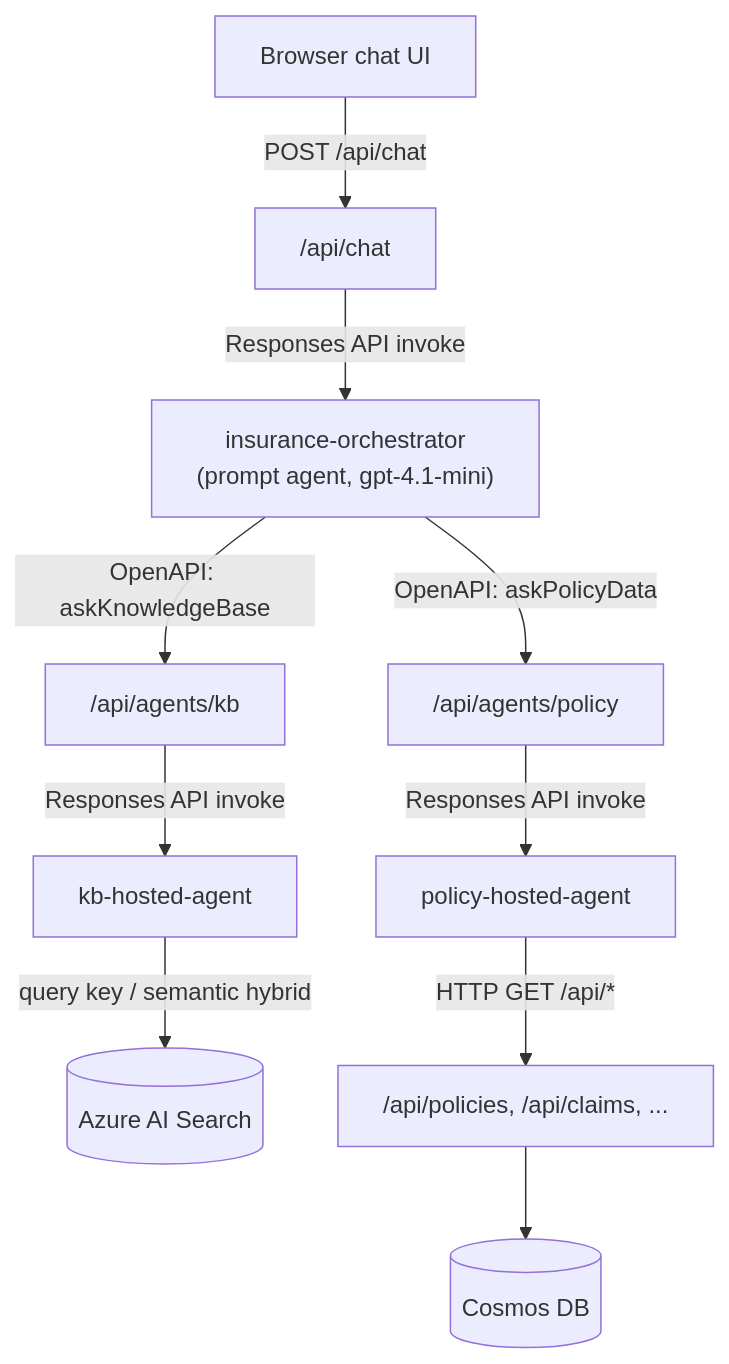
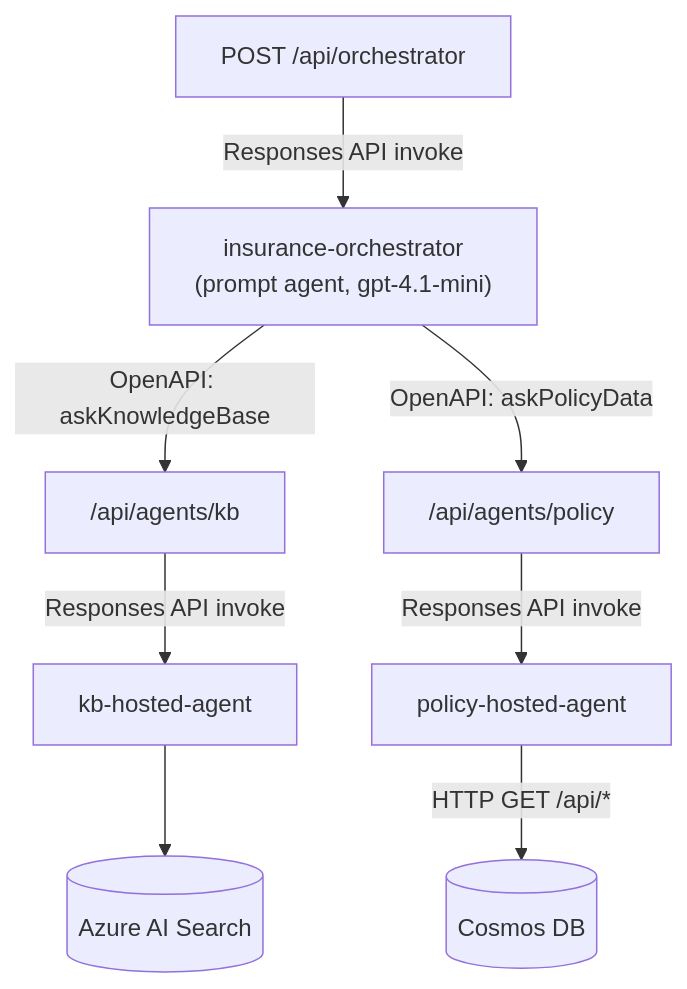
One commit to gethiten/FOUNDRY-SEARCH-COSMOS-DEMO changed the fourth of 6 diagrams in ARCHITECTURE.md. Above: the diagram before and after it, drawn with Mermaid. The commit also changed other lines of this file and 5 other files, not shown here.

````diff
--- a/ARCHITECTURE.md
+++ b/ARCHITECTURE.md
@@ -124,12 +154,10 @@
 ```mermaid
 flowchart TD
-    browser["Browser chat UI"] -->|POST /api/chat| chat["/api/chat"]
-    chat -->|Responses API invoke| orch["insurance-orchestrator<br/>(prompt agent, gpt-4.1-mini)"]
+    caller["POST /api/orchestrator"] -->|Responses API invoke| orch["insurance-orchestrator<br/>(prompt agent, gpt-4.1-mini)"]
     orch -->|OpenAPI: askKnowledgeBase| kbep["/api/agents/kb"]
     orch -->|OpenAPI: askPolicyData| polep["/api/agents/policy"]
     kbep -->|Responses API invoke| kbh["kb-hosted-agent"]
     polep -->|Responses API invoke| polh["policy-hosted-agent"]
-    kbh -->|query key / semantic hybrid| search[(Azure AI Search)]
-    polh -->|HTTP GET /api/*| cosmosapi["/api/policies, /api/claims, ..."]
-    cosmosapi --> cosmos[(Cosmos DB)]
+    kbh --> search[(Azure AI Search)]
+    polh -->|HTTP GET /api/*| cosmos[(Cosmos DB)]
 ```
````
